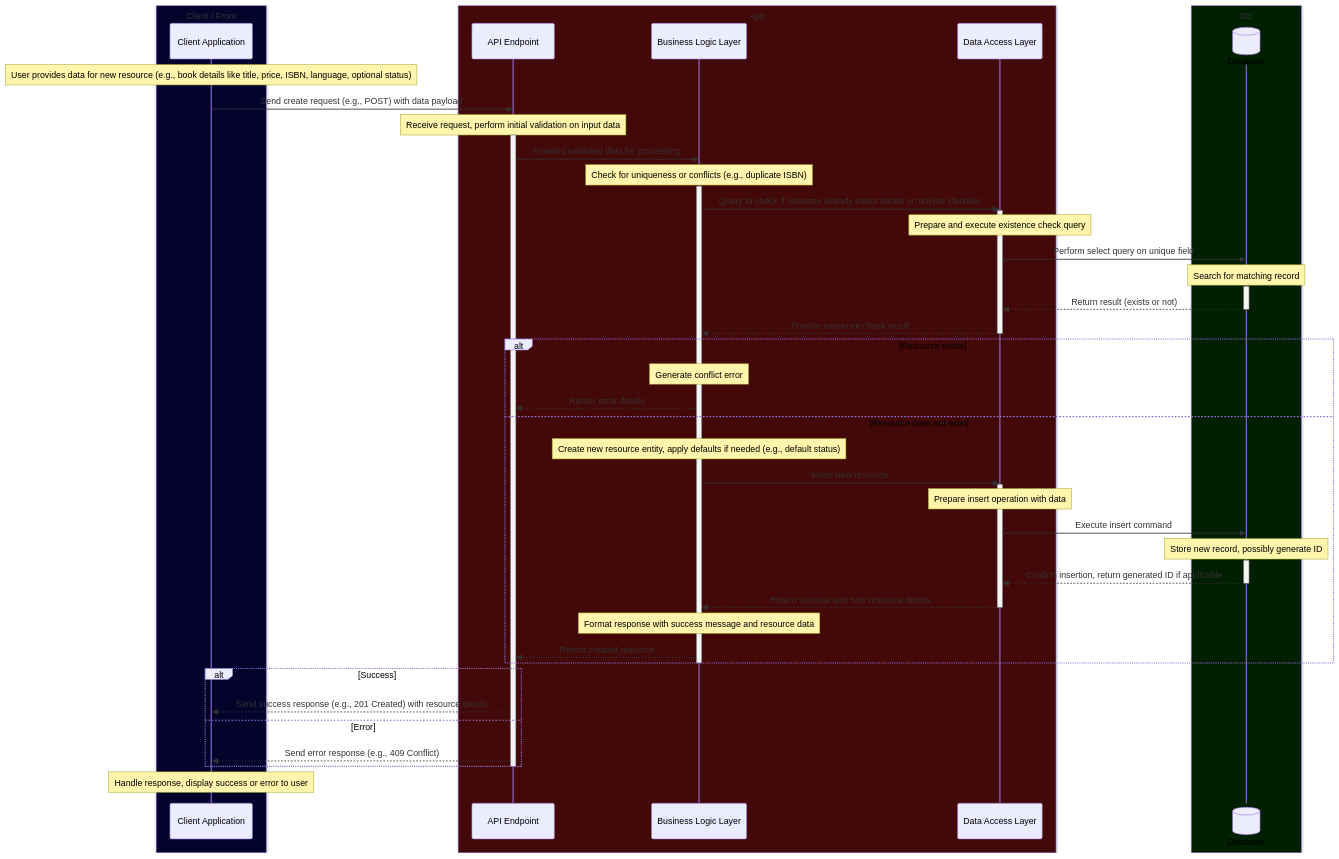
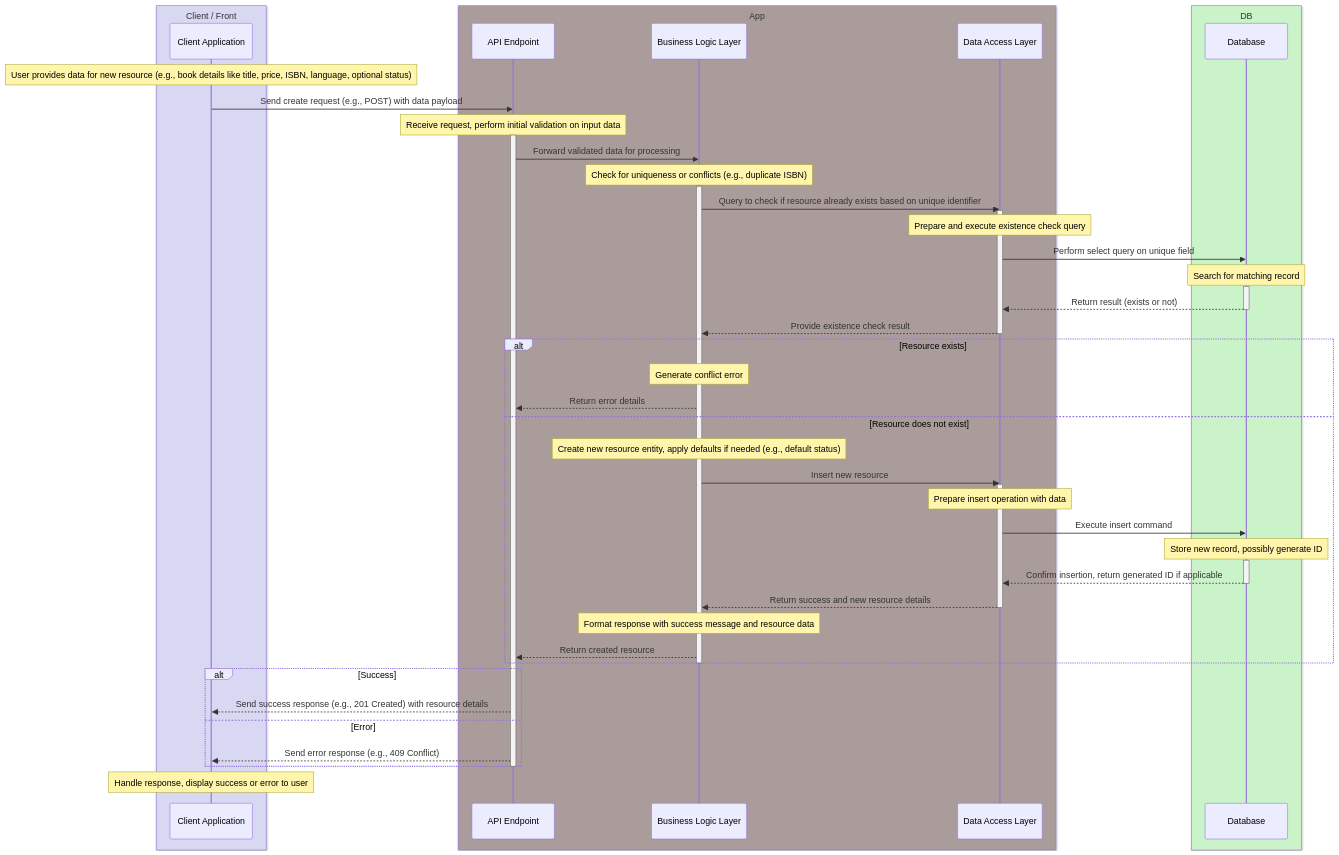
Before and after one commit to alirezazamanidev/book-crud: the diagram in docs/create.md, drawn with Mermaid. The commit also changed 6 other files, not shown here.

Commit message:
feat: change color boxes in diagram

````diff
--- a/docs/create.md
+++ b/docs/create.md
@@ -3,57 +3,58 @@
 ```mermaid
 sequenceDiagram
-    box rgb(3, 3, 44) Client / Front
+    box rgb(216, 216, 242) Client / Front
     participant Client as Client Application
     end
-    box rgb(67, 8, 8) App
+    box rgb(171, 156, 156) App
     participant API as API Endpoint
     participant Logic as Business Logic Layer
     participant DataAccess as Data Access Layer
     end
-    box rgb(1, 31, 1) DB
-    participant Database@{"type":"database"}
+    box rgb(202, 243, 202) DB
+    participant Database
     end
+
     Note over Client: User provides data for new resource (e.g., book details like title, price, ISBN, language, optional status)
     Client->>API: Send create request (e.g., POST) with data payload
     Note over API: Receive request, perform initial validation on input data
     activate API
     API->>Logic: Forward validated data for processing
     Note over Logic: Check for uniqueness or conflicts (e.g., duplicate ISBN)
     activate Logic
     Logic->>DataAccess: Query to check if resource already exists based on unique identifier
     activate DataAccess
     Note over DataAccess: Prepare and execute existence check query
     DataAccess->>Database: Perform select query on unique field
     Note over Database: Search for matching record
     activate Database
     Database-->>DataAccess: Return result (exists or not)
     deactivate Database
     DataAccess-->>Logic: Provide existence check result
     deactivate DataAccess
     alt Resource exists
         Note over Logic: Generate conflict error
         Logic-->>API: Return error details
     else Resource does not exist
         Note over Logic: Create new resource entity, apply defaults if needed (e.g., default status)
         Logic->>DataAccess: Insert new resource
         activate DataAccess
         Note over DataAccess: Prepare insert operation with data
         DataAccess->>Database: Execute insert command
         Note over Database: Store new record, possibly generate ID
         activate Database
         Database-->>DataAccess: Confirm insertion, return generated ID if applicable
         deactivate Database
         DataAccess-->>Logic: Return success and new resource details
         deactivate DataAccess
         Note over Logic: Format response with success message and resource data
         Logic-->>API: Return created resource
     end
     deactivate Logic
     alt Success
         API-->>Client: Send success response (e.g., 201 Created) with resource details
     else Error
         API-->>Client: Send error response (e.g., 409 Conflict)
     end
     deactivate API
     Note over Client: Handle response, display success or error to user
 ```
````
